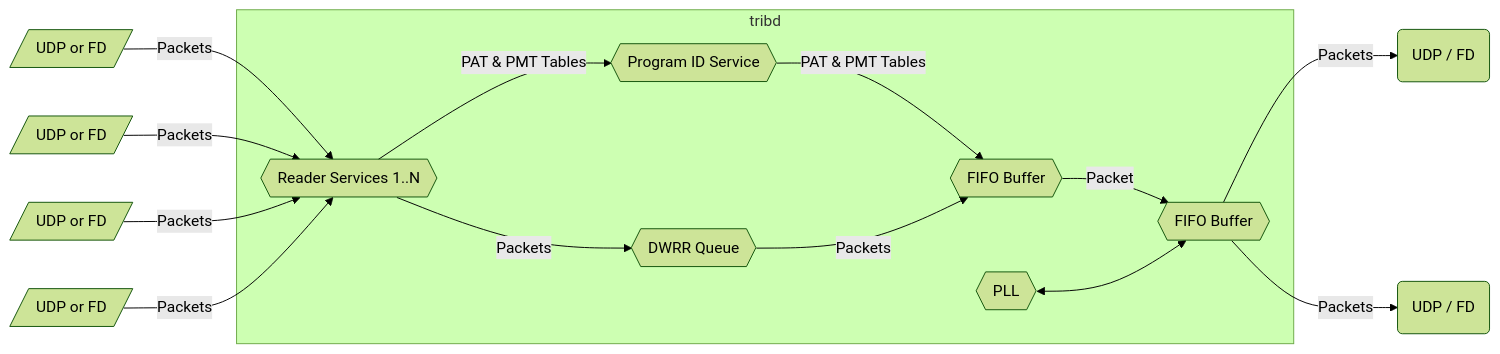
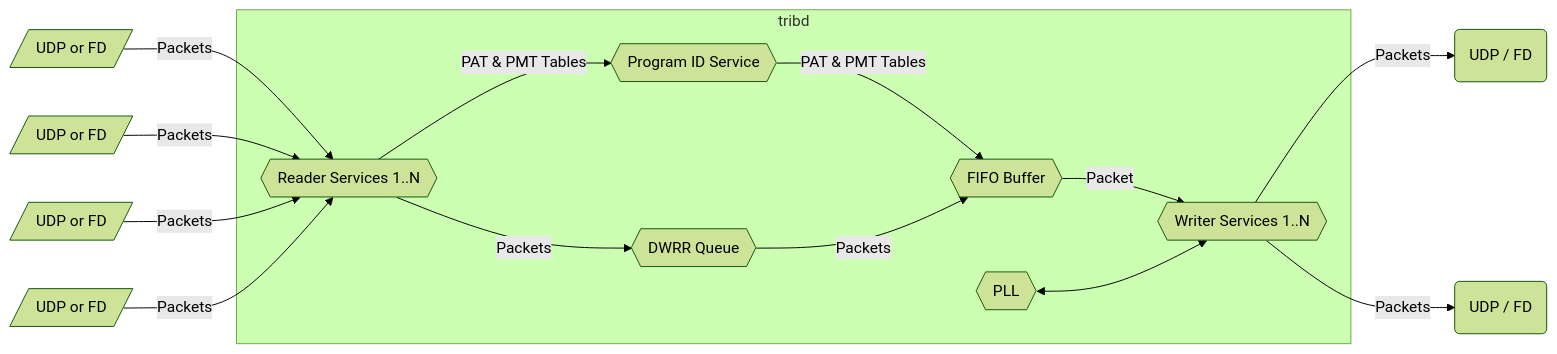
Before and after one commit to Channel-3-Eugene/tribd: the first of 6 diagrams in README.md, drawn with Mermaid (forest theme).

Commit message:
another minor fix

````diff
--- a/README.md
+++ b/README.md
@@ -5,20 +5,20 @@
 ```mermaid
 graph LR
     Input1_FD[/UDP or FD/] -->|Packets| Reader
     Input2_FD[/UDP or FD/] -->|Packets| Reader
     Input3_FD[/UDP or FD/] -->|Packets| Reader
     InputN_FD[/UDP or FD/] -->|Packets| Reader
 
     subgraph tribd
         Reader{{Reader Services 1..N}} --> |PAT & PMT Tables| PIDSvc
         PIDSvc{{Program ID Service}} --> |PAT & PMT Tables| MainBuffer{{FIFO Buffer}}
 
         Reader --> |Packets| Queue{{DWRR Queue}} --> |Packets| MainBuffer
 
         MainBuffer --> |Packet| Writer{{Writer Services 1..N}}
-        PLL{{PLL}} <--> Writer{{FIFO Buffer}}
+        PLL{{PLL}} <--> Writer
     end
 
     Writer -->|Packets| Output_FD1(UDP / FD)
     Writer -->|Packets| Output_FD2(UDP / FD)
 ```
````
